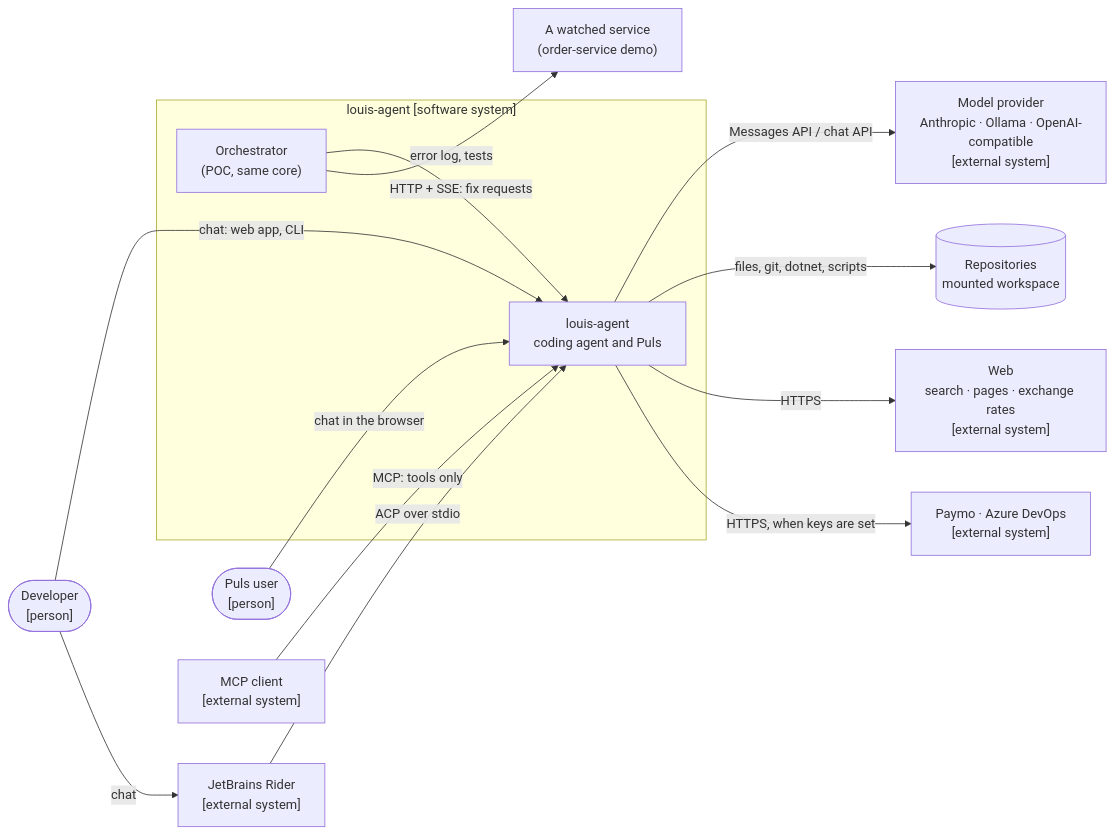
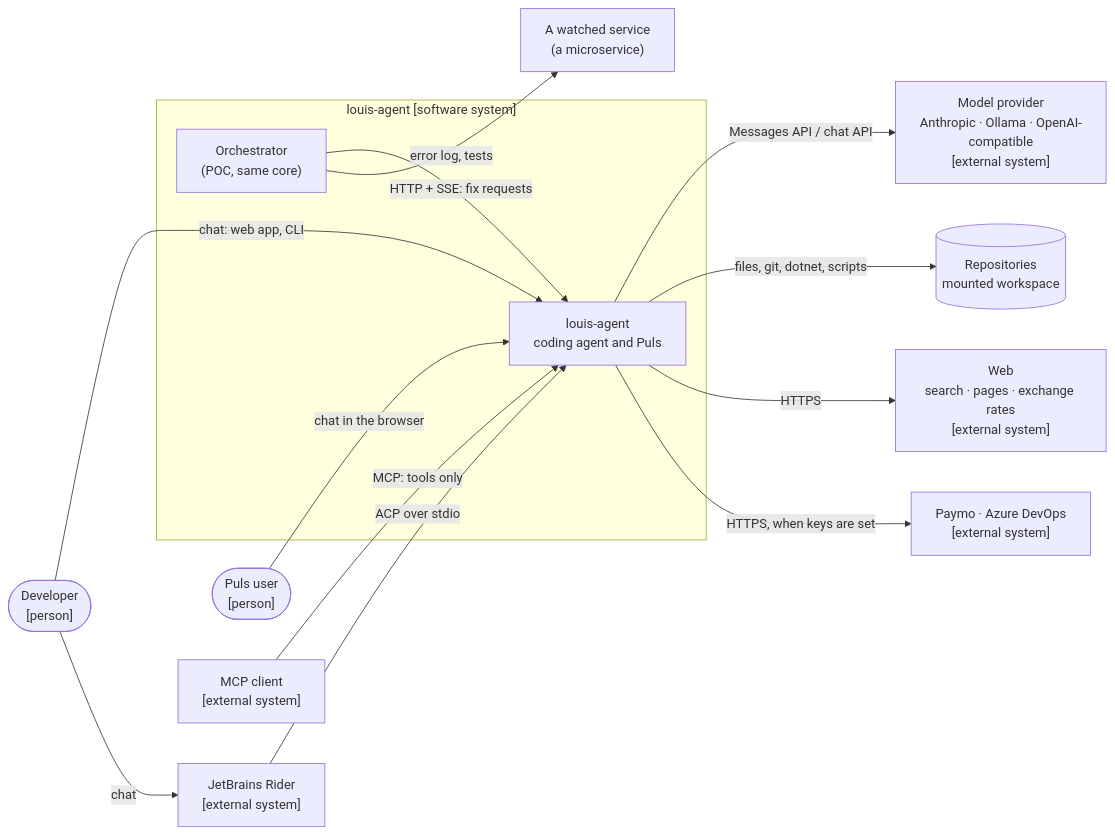
One commit to bosbevk/louis-agent changed the diagram in docs/architecture/03-context-and-scope.md. Above: the diagram before and after it, drawn with Mermaid. The commit also changed 43 other files, not shown here.

````diff
--- a/docs/architecture/03-context-and-scope.md
+++ b/docs/architecture/03-context-and-scope.md
@@ -8,29 +8,29 @@
 ```mermaid
 flowchart LR
     dev(["Developer<br/>[person]"])
     puser(["Puls user<br/>[person]"])
     rider["JetBrains Rider<br/>[external system]"]
     mcpc["MCP client<br/>[external system]"]
 
     subgraph sys["louis-agent [software system]"]
         agent["louis-agent<br/>coding agent and Puls"]
         orch["Orchestrator<br/>(POC, same core)"]
     end
 
     llm["Model provider<br/>Anthropic · Ollama · OpenAI-compatible<br/>[external system]"]
     repo[("Repositories<br/>mounted workspace")]
     web["Web<br/>search · pages · exchange rates<br/>[external system]"]
     biz["Paymo · Azure DevOps<br/>[external system]"]
-    svc["A watched service<br/>(order-service demo)"]
+    svc["A watched service<br/>(a microservice)"]
 
     dev -- "chat: web app, CLI" --> agent
     dev -- "chat" --> rider -- "ACP over stdio" --> agent
     puser -- "chat in the browser" --> agent
     mcpc -- "MCP: tools only" --> agent
     orch -- "HTTP + SSE: fix requests" --> agent
     orch -- "error log, tests" --> svc
     agent -- "Messages API / chat API" --> llm
     agent -- "files, git, dotnet, scripts" --> repo
     agent -- "HTTPS" --> web
     agent -- "HTTPS, when keys are set" --> biz
 ```
````
